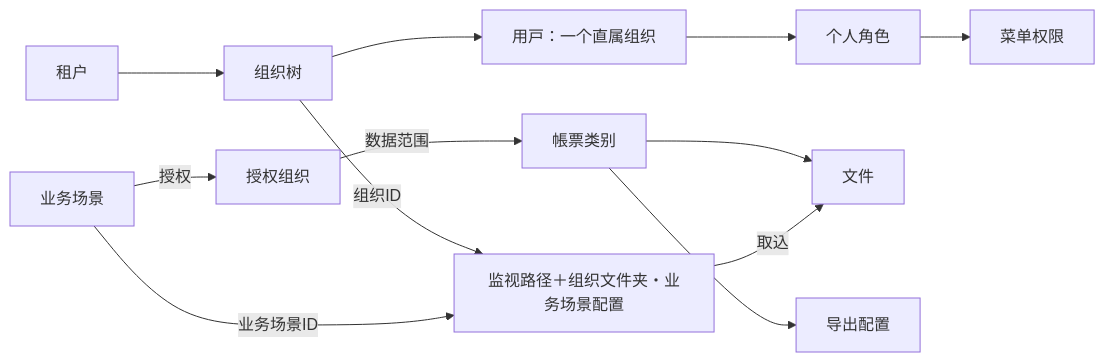
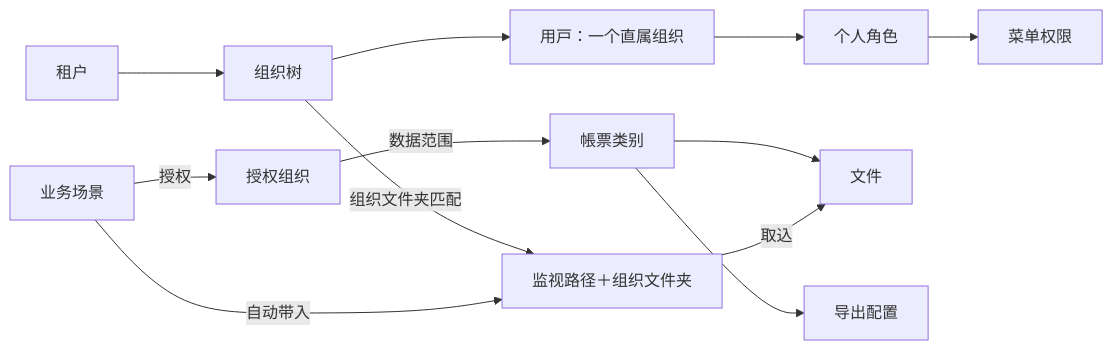
One commit to aruirage/Densan-Demo changed the first of 3 diagrams in demo/PRD.zh-CN.md. Above: the diagram before and after it, drawn with Mermaid. The commit also changed other lines of this file and 7 other files, not shown here.

````diff
--- a/demo/PRD.zh-CN.md
+++ b/demo/PRD.zh-CN.md
@@ -38,14 +38,14 @@
 ```mermaid
 flowchart LR
   T[租户] --> O[组织树]
   O --> U[用户：一个直属组织]
   U --> R[个人角色]
   R --> M[菜单权限]
   S[业务场景] -->|授权| A[授权组织]
   A -->|数据范围| C[帳票类别]
   C --> F[文件]
   C --> E[导出配置]
-  O -->|组织ID| W[监视路径＋组织文件夹・业务场景配置]
-  S -->|业务场景ID| W
+  O -->|组织文件夹匹配| W[监视路径＋组织文件夹]
+  S -->|自动带入| W
   W -->|取込| F
 ```
````
